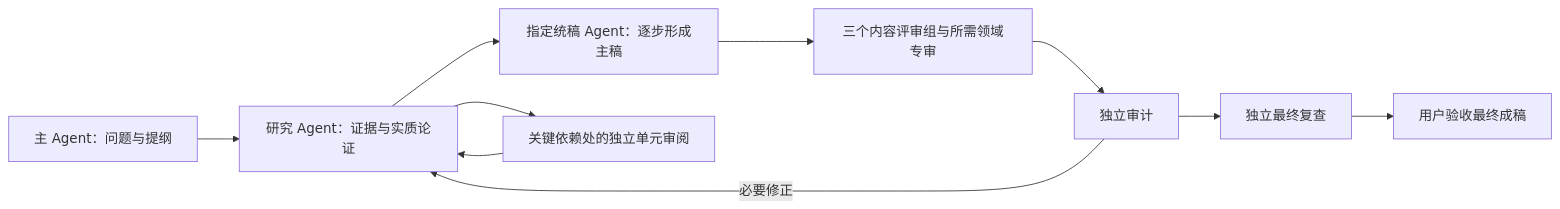
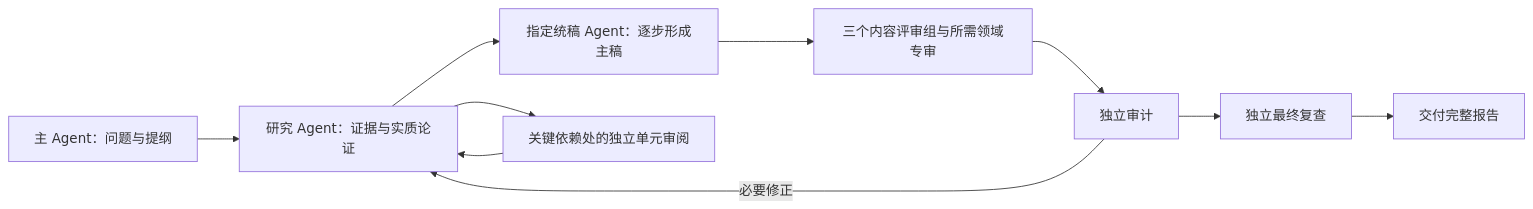
Before and after one commit to rrrrrredy/research-toolkit: the diagram in README.zh-CN.md, drawn with Mermaid. The commit also changed other lines of this file and 58 other files, not shown here.

````diff
--- a/README.zh-CN.md
+++ b/README.zh-CN.md
@@ -28,12 +28,12 @@
 ```mermaid
 flowchart LR
   L[主 Agent：问题与提纲] --> R[研究 Agent：证据与实质论证]
   R --> W[指定统稿 Agent：逐步形成主稿]
   R --> U[关键依赖处的独立单元审阅]
   U --> R
   W --> V[三个内容评审组与所需领域专审]
   V --> A[独立审计]
   A --> F[独立最终复查]
   A -->|必要修正| R
-  F --> D[用户验收最终成稿]
+  F --> D[交付完整报告]
 ```
````
